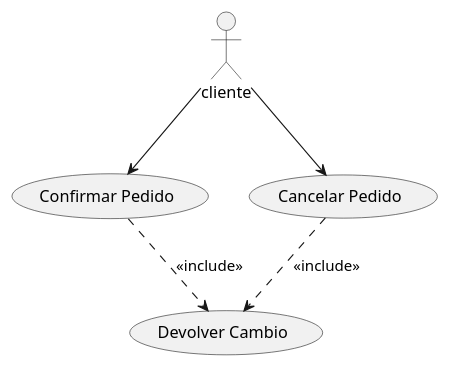
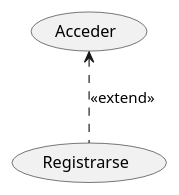
The diagram in src/test.puml (erentitan4512/Carlos-Arroyo-Galan-Casos-de-Uso-UML), drawn with PlantUML before and after one commit.

Commit message:
Fourth Commit

```diff
--- a/src/test.puml
+++ b/src/test.puml
@@ -1,8 +1,3 @@
 @startuml
-actor cliente as C
-
-C-->(Confirmar Pedido)
-C-->(Cancelar Pedido)
-(Cancelar Pedido) ..> (Devolver Cambio) : <<include>>
-(Confirmar Pedido) ..> (Devolver Cambio) : <<include>>
+(Acceder)<..(Registrarse) : <<extend>>
 @enduml
```
